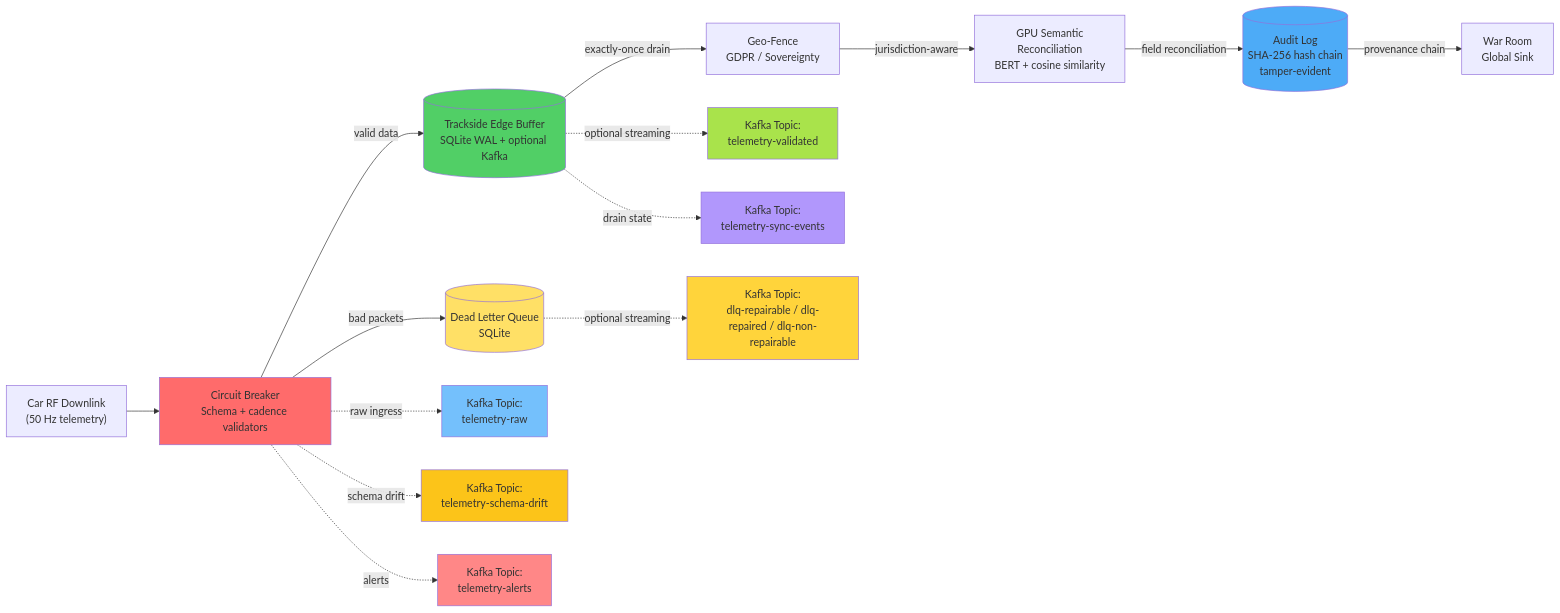
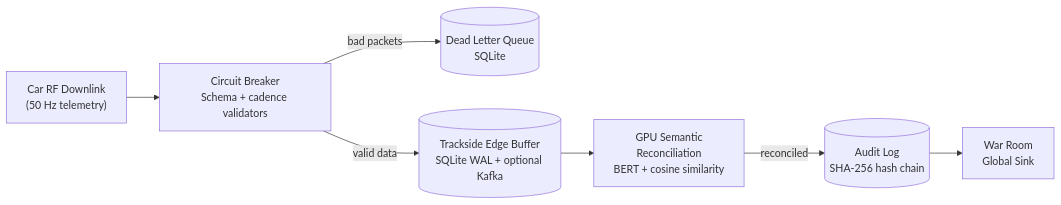
One commit to tarek-clarke/Web-Scraping-Demo changed the diagram in README.md. Above: the diagram before and after it, drawn with Mermaid. The commit also changed other lines of this file, not shown here.

````diff
--- a/README.md
+++ b/README.md
@@ -342,42 +62,17 @@
 ```mermaid
 flowchart LR
     RF["Car RF Downlink<br/>(50 Hz telemetry)"]
     CB["Circuit Breaker<br/>Schema + cadence validators"]
     DLQ[("Dead Letter Queue<br/>SQLite")]
     EDGE[("Trackside Edge Buffer<br/>SQLite WAL + optional Kafka")]
-    GEO["Geo-Fence<br/>GDPR / Sovereignty"]
     BERT["GPU Semantic<br/>Reconciliation<br/>BERT + cosine similarity"]
-    AUDIT[("Audit Log<br/>SHA-256 hash chain<br/>tamper-evident")]
+    AUDIT[("Audit Log<br/>SHA-256 hash chain")]
     SINK["War Room<br/>Global Sink"]
-    KAFKA_RAW["Kafka Topic:<br/>telemetry-raw"]
-    KAFKA_VALID["Kafka Topic:<br/>telemetry-validated"]
-    KAFKA_DRIFT["Kafka Topic:<br/>telemetry-schema-drift"]
-    KAFKA_ALERTS["Kafka Topic:<br/>telemetry-alerts"]
-    KAFKA_SYNC["Kafka Topic:<br/>telemetry-sync-events"]
-    KAFKA_DLQ["Kafka Topic:<br/>dlq-repairable / dlq-repaired / dlq-non-repairable"]
 
     RF --> CB
     CB -->|bad packets| DLQ
     CB -->|valid data| EDGE
-    EDGE -->|exactly-once drain| GEO
-    CB -.->|raw ingress| KAFKA_RAW
-    EDGE -.->|optional streaming| KAFKA_VALID
-    CB -.->|schema drift| KAFKA_DRIFT
-    CB -.->|alerts| KAFKA_ALERTS
-    EDGE -.->|drain state| KAFKA_SYNC
-    DLQ -.->|optional streaming| KAFKA_DLQ
-    GEO -->|jurisdiction-aware| BERT
-    BERT -->|field reconciliation| AUDIT
-    AUDIT -->|provenance chain| SINK
-
-    style CB fill:#ff6b6b
-    style DLQ fill:#ffe066
-    style EDGE fill:#51cf66
-    style AUDIT fill:#4dabf7
-    style KAFKA_RAW fill:#74c0fc
-    style KAFKA_VALID fill:#a9e34b
-    style KAFKA_DRIFT fill:#fcc419
-    style KAFKA_ALERTS fill:#ff8787
-    style KAFKA_SYNC fill:#b197fc
-    style KAFKA_DLQ fill:#ffd43b
+    EDGE --> BERT
+    BERT -->|reconciled| AUDIT
+    AUDIT --> SINK
 ```
````
